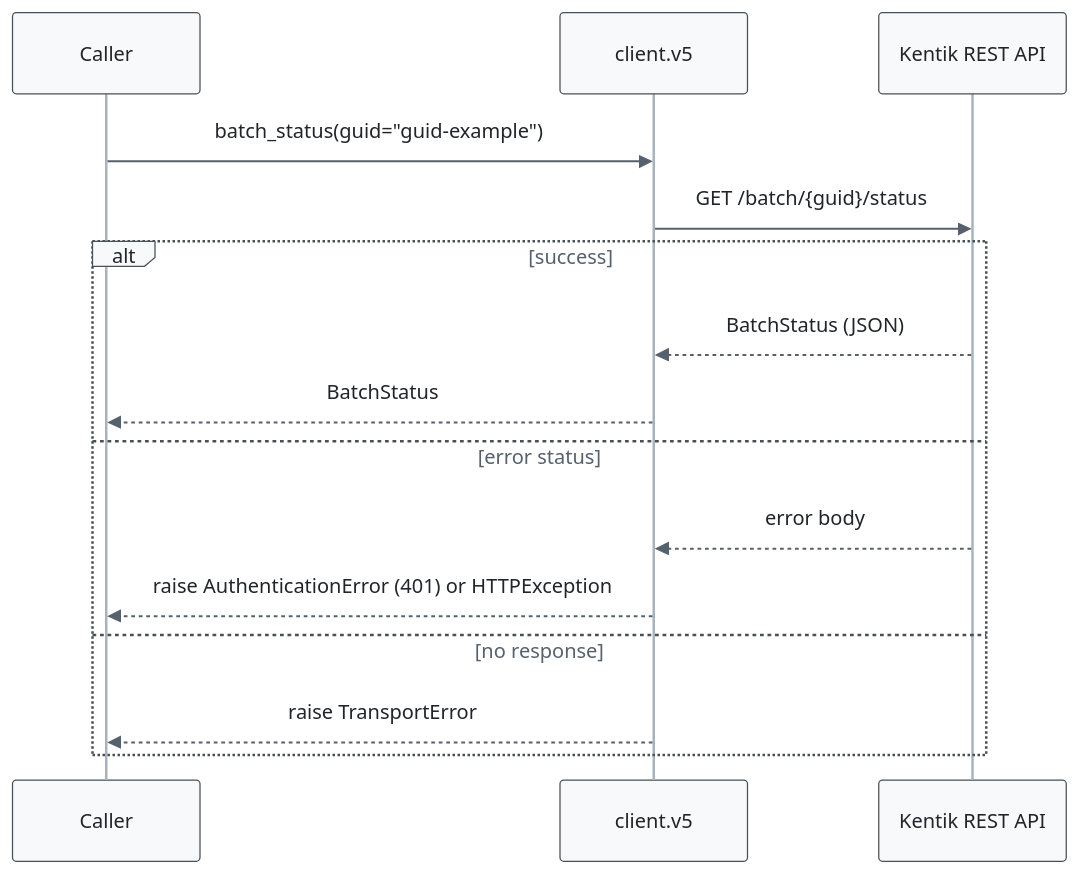
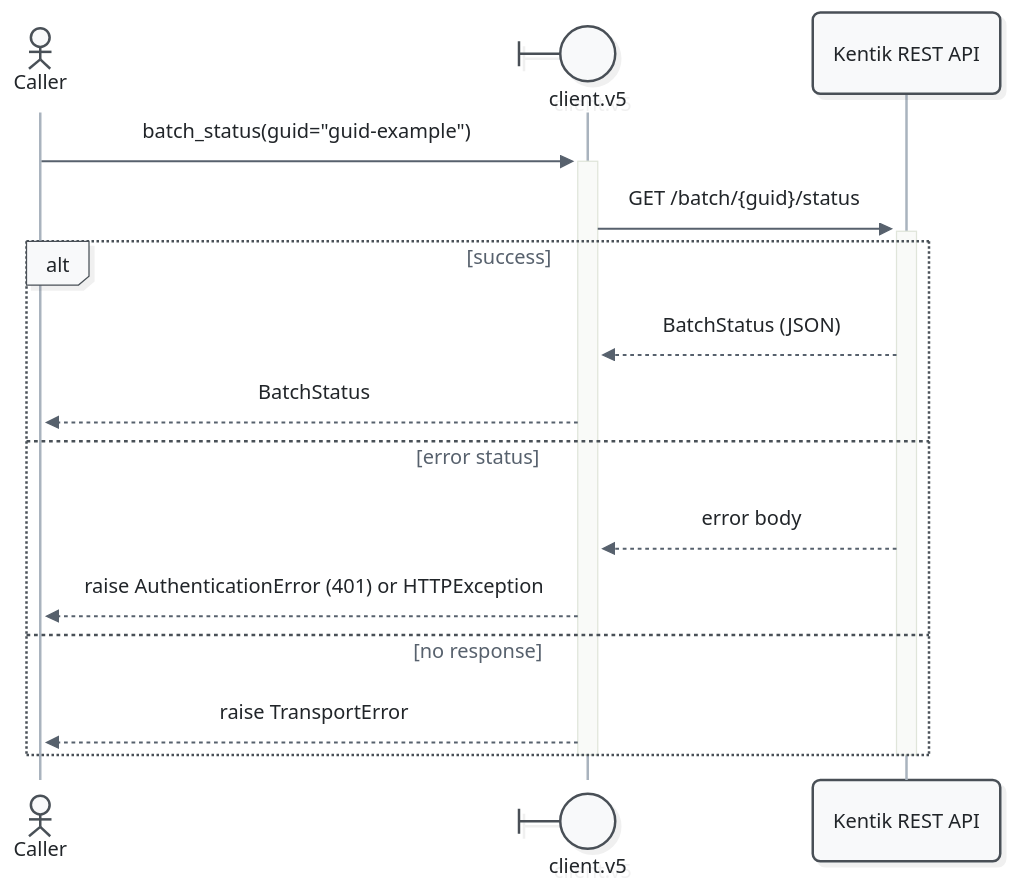
The third of 7 diagrams in docs/sphinx/services/v5.md (alexdearaujo/community_sdk_python), drawn with Mermaid before and after one commit. The commit also changed other lines of this file and 52 other files, not shown here.

First line of the commit message:
docs: Mermaid 12 sequence diagrams with participant types and path colors

````diff
--- a/docs/sphinx/services/v5.md
+++ b/docs/sphinx/services/v5.md
@@ -167,19 +171,21 @@
 ```mermaid
-%%{init: {"theme": "base", "fontFamily": "ui-monospace, SFMono-Regular, Menlo, monospace", "themeVariables": {"fontFamily": "ui-monospace, SFMono-Regular, Menlo, monospace", "primaryColor": "#f8f9fa", "primaryBorderColor": "#495057", "primaryTextColor": "#212529", "textColor": "#212529", "lineColor": "#77818c", "edgeLabelBackground": "#ffffff", "actorBkg": "#f8f9fa", "actorBorder": "#495057", "actorTextColor": "#212529", "actorLineColor": "#a9b3be", "signalColor": "#57616d", "signalTextColor": "#212529", "labelBoxBkgColor": "#f8f9fa", "labelBoxBorderColor": "#495057", "labelTextColor": "#212529", "loopTextColor": "#57616d", "noteBkgColor": "#fff9db", "noteBorderColor": "#f08c00", "noteTextColor": "#a35a00"}, "flowchart": {"curve": "step", "nodeSpacing": 30, "rankSpacing": 70, "wrappingWidth": 400}}}%%
+%%{init: {"theme": "redux", "look": "neo", "layout": "dagre", "fontFamily": "ui-monospace, SFMono-Regular, Menlo, monospace", "themeVariables": {"fontFamily": "ui-monospace, SFMono-Regular, Menlo, monospace", "primaryColor": "#f8f9fa", "primaryBorderColor": "#495057", "primaryTextColor": "#212529", "textColor": "#212529", "lineColor": "#77818c", "edgeLabelBackground": "#ffffff", "actorBkg": "#f8f9fa", "actorBorder": "#495057", "actorTextColor": "#212529", "actorLineColor": "#a9b3be", "signalColor": "#57616d", "signalTextColor": "#212529", "labelBoxBkgColor": "#f8f9fa", "labelBoxBorderColor": "#495057", "labelTextColor": "#212529", "loopTextColor": "#57616d", "noteBkgColor": "#fff9db", "noteBorderColor": "#f08c00", "noteTextColor": "#a35a00"}, "sequence": {"activationWidth": 16}, "flowchart": {"curve": "step", "nodeSpacing": 30, "rankSpacing": 70, "wrappingWidth": 400}}}%%
 sequenceDiagram
-    participant C as Caller
-    participant W as client.v5
+    actor C as Caller
+    participant W@{ "type": "boundary" } as client.v5
     participant API as Kentik REST API
 
-    C->>W: batch_status(guid="guid-example")
-    W->>API: GET /batch/{guid}/status
+    C->>+W: batch_status(guid="guid-example")
+    W->>+API: GET /batch/{guid}/status
     alt success
         API-->>W: BatchStatus (JSON)
         W-->>C: BatchStatus
     else error status
         API-->>W: error body
         W-->>C: raise AuthenticationError (401) or HTTPException
     else no response
         W-->>C: raise TransportError
     end
+    deactivate API
+    deactivate W
 ```
````
